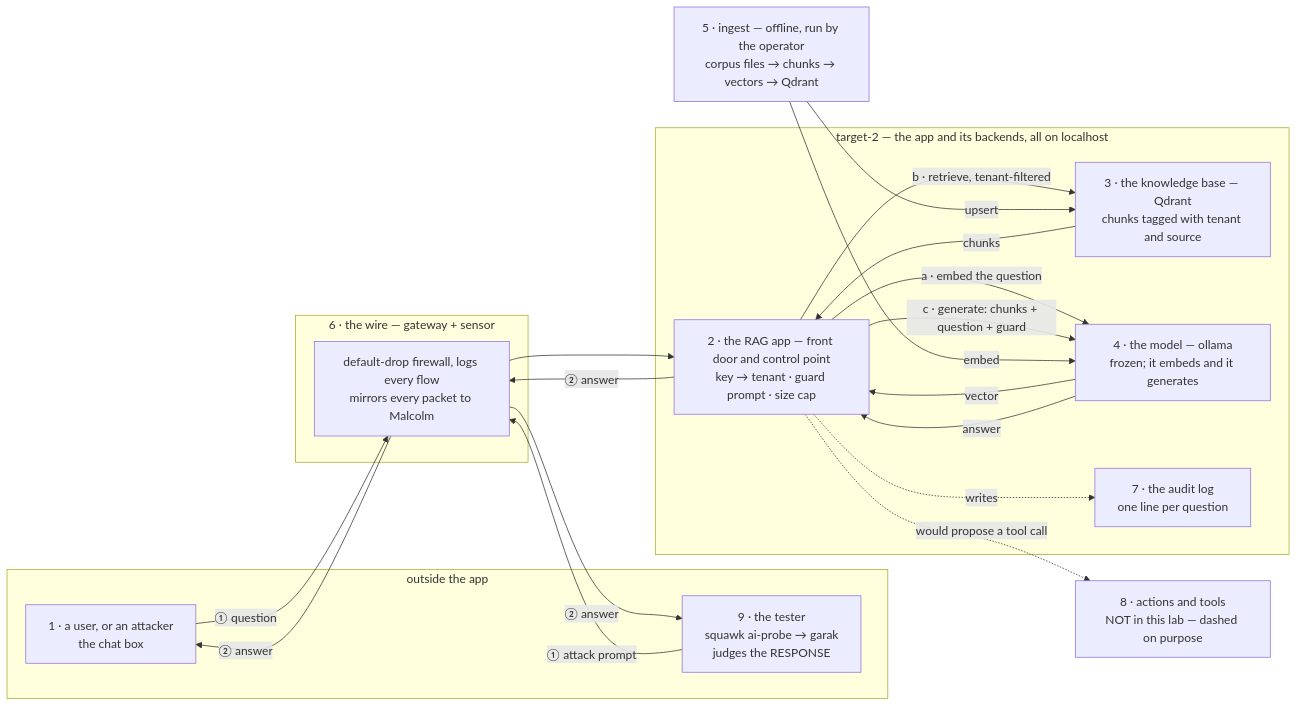
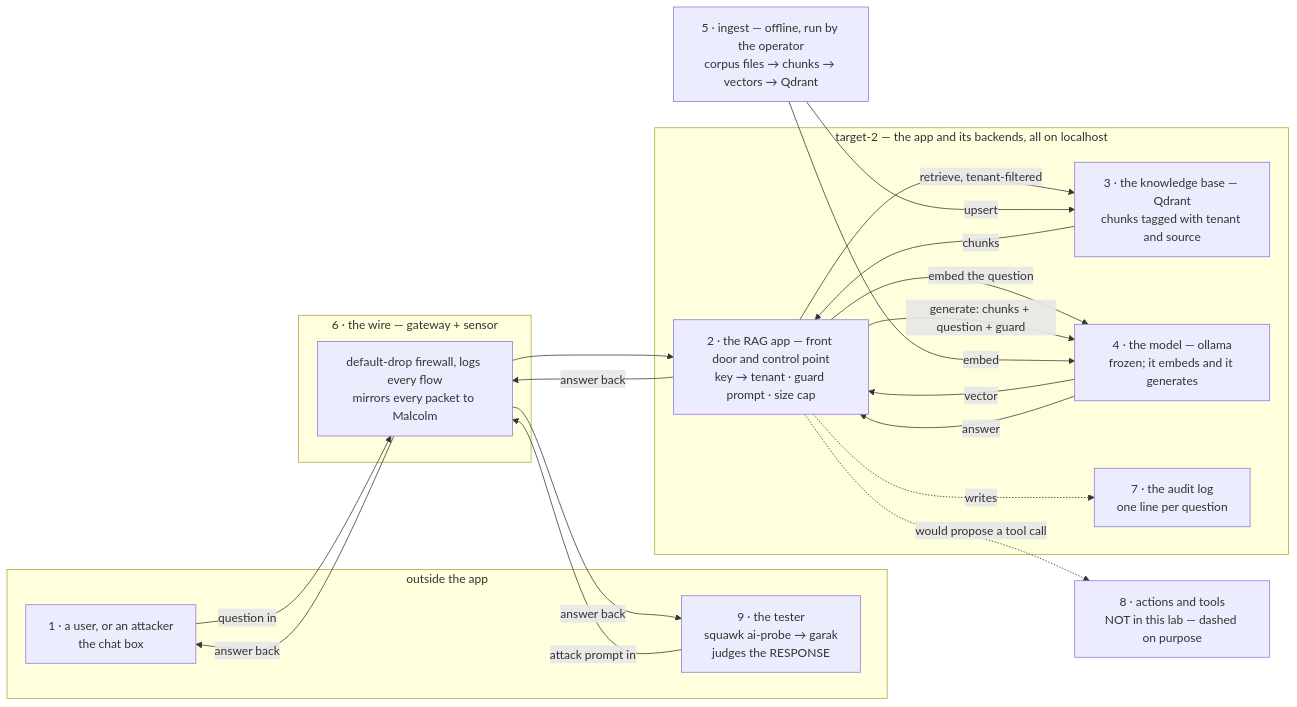
Before and after one commit to ryayres-fox/Security: the diagram in lab-journal/start-here-ai-architecture.md, drawn with Mermaid. The commit also changed other lines of this file and 1 other file, not shown here.

Commit message:
lab-journal: one numbering rule in every diagram, and every flowchart reads left to right
Numbers on arrows are an order; numbers on boxes are a section index; never
both in one picture. Module 0 keeps its box numbers (the index to the modules)
and its arrows carry words. Every other diagram drops lane and box digits and
carries one consecutive sequence on its arrows, side paths unnumbered; the
backend sequence is one sequence instead of two schemes; the two alternatives
in the model-location diagram carry words, since they are not an order. Every
flowchart now reads left to right; sequence diagrams stay top-down, which is
time. A checker fails any block that mixes the two, repeats a number, or still
reads top-down.

````diff
--- a/lab-journal/start-here-ai-architecture.md
+++ b/lab-journal/start-here-ai-architecture.md
@@ -18,35 +19,35 @@
 ```mermaid
 graph LR
   subgraph OUT["outside the app"]
     U["1 · a user, or an attacker<br/>the chat box"]
     T["9 · the tester<br/>squawk ai-probe → garak<br/>judges the RESPONSE"]
   end
   subgraph WIRE["6 · the wire — gateway + sensor"]
     GW["default-drop firewall, logs every flow<br/>mirrors every packet to Malcolm"]
   end
   subgraph BOX["target-2 — the app and its backends, all on localhost"]
     APP["2 · the RAG app — front door and control point<br/>key → tenant · guard prompt · size cap"]
     KB["3 · the knowledge base — Qdrant<br/>chunks tagged with tenant and source"]
     M["4 · the model — ollama<br/>frozen; it embeds and it generates"]
     AUD["7 · the audit log<br/>one line per question"]
   end
   ING["5 · ingest — offline, run by the operator<br/>corpus files → chunks → vectors → Qdrant"]
   ACT["8 · actions and tools<br/>NOT in this lab — dashed on purpose"]
 
-  U -->|"① question"| GW
-  T -->|"① attack prompt"| GW
+  U -->|"question in"| GW
+  T -->|"attack prompt in"| GW
   GW --> APP
-  APP -->|"a · embed the question"| M
+  APP -->|"embed the question"| M
   M -->|"vector"| APP
-  APP -->|"b · retrieve, tenant-filtered"| KB
+  APP -->|"retrieve, tenant-filtered"| KB
   KB -->|"chunks"| APP
-  APP -->|"c · generate: chunks + question + guard"| M
+  APP -->|"generate: chunks + question + guard"| M
   M -->|"answer"| APP
-  APP -->|"② answer"| GW
-  GW -->|"② answer"| U
-  GW -->|"② answer"| T
+  APP -->|"answer back"| GW
+  GW -->|"answer back"| U
+  GW -->|"answer back"| T
   APP -.->|"writes"| AUD
   ING -->|"embed"| M
   ING -->|"upsert"| KB
   APP -. "would propose a tool call" .-> ACT
 ```
````
